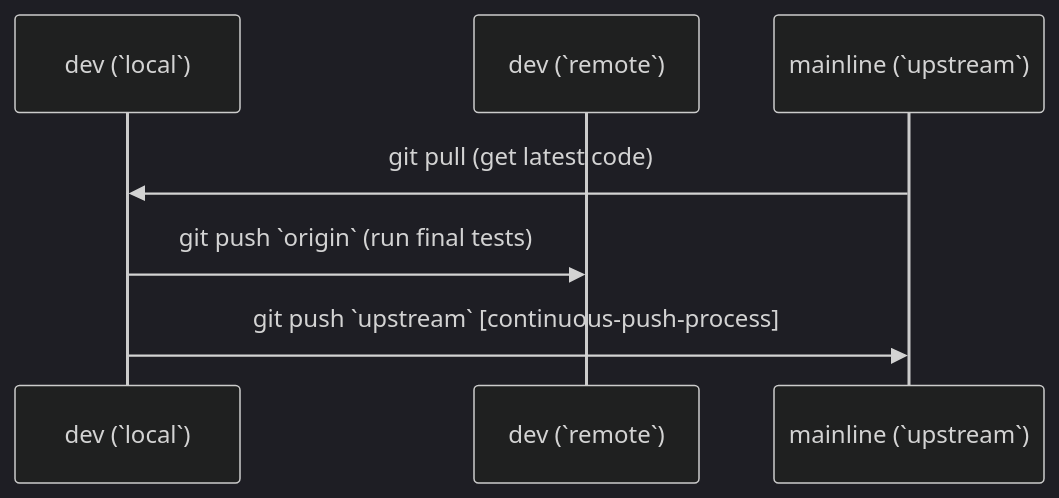
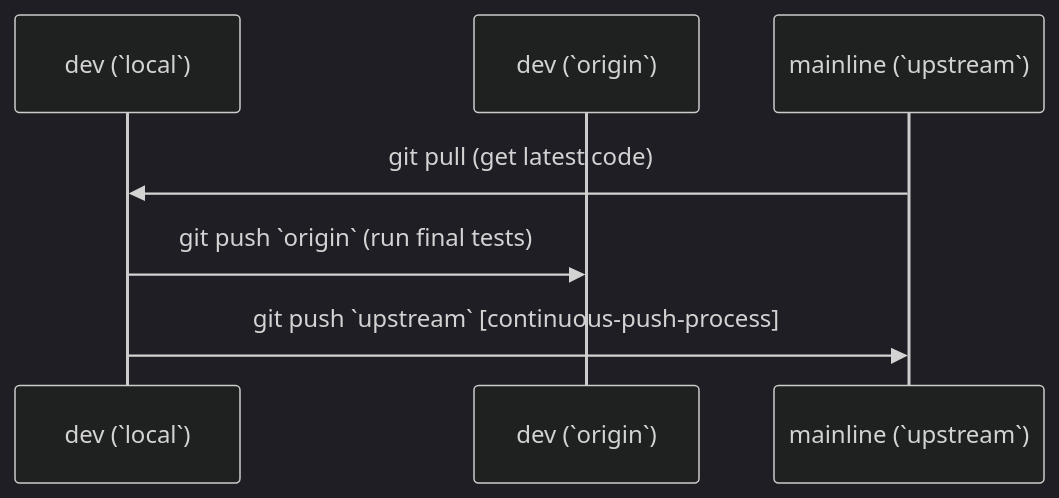
One commit to cwnt-io/mgmt changed the first of 4 diagrams in workflows/cwntflow_trunk_based.md. Above: the diagram before and after it, drawn with Mermaid (dark theme).

````diff
--- a/workflows/cwntflow_trunk_based.md
+++ b/workflows/cwntflow_trunk_based.md
@@ -39,10 +39,10 @@
 ```mermaid
 sequenceDiagram
 participant DL as dev (`local`)
-participant DR as dev (`remote`)
+participant DR as dev (`origin`)
 participant M as mainline (`upstream`)
 
 M ->> DL: git pull (get latest code)
 DL ->> DR: git push `origin` (run final tests)
 DL ->> M: git push `upstream` [continuous-push-process]
 ```
````
